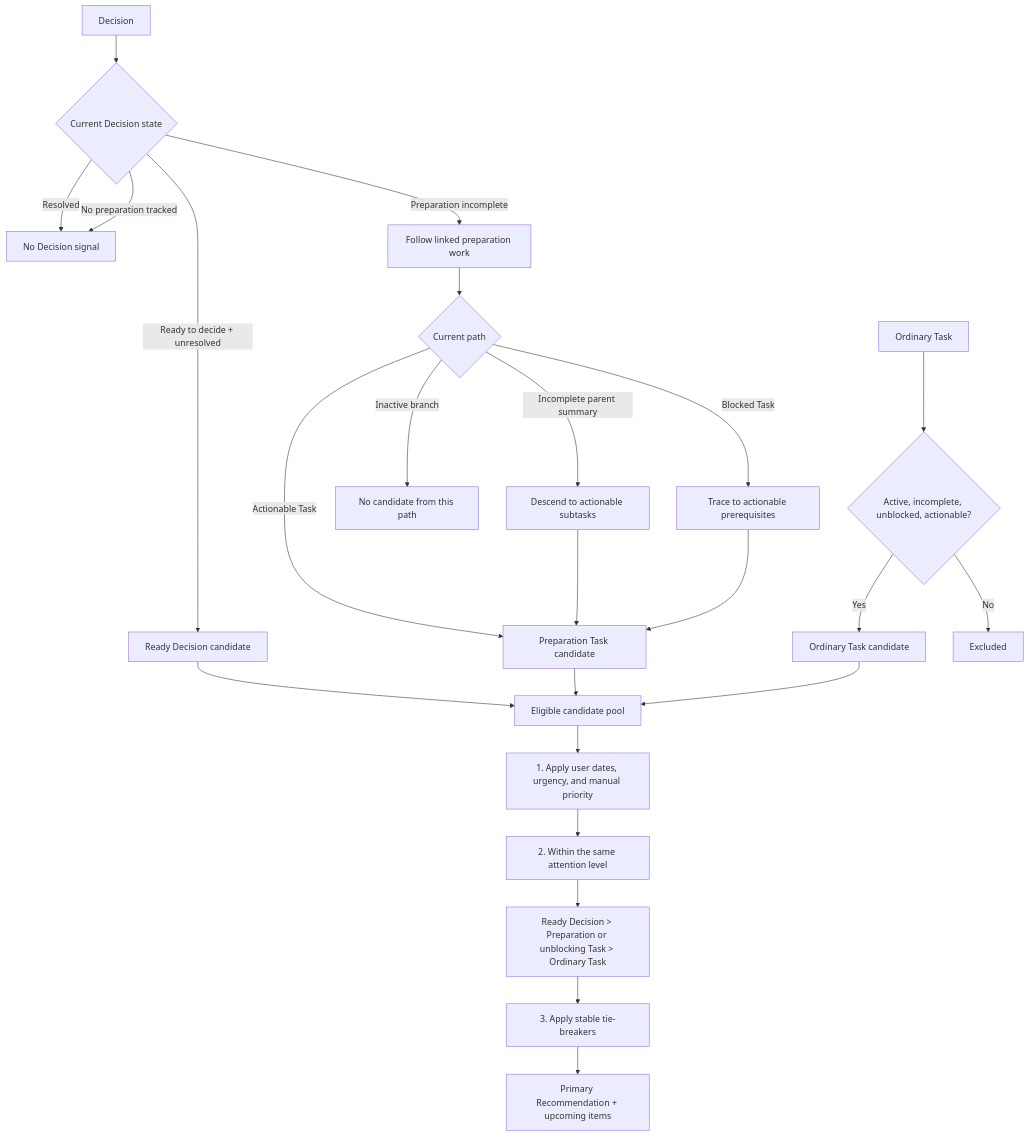
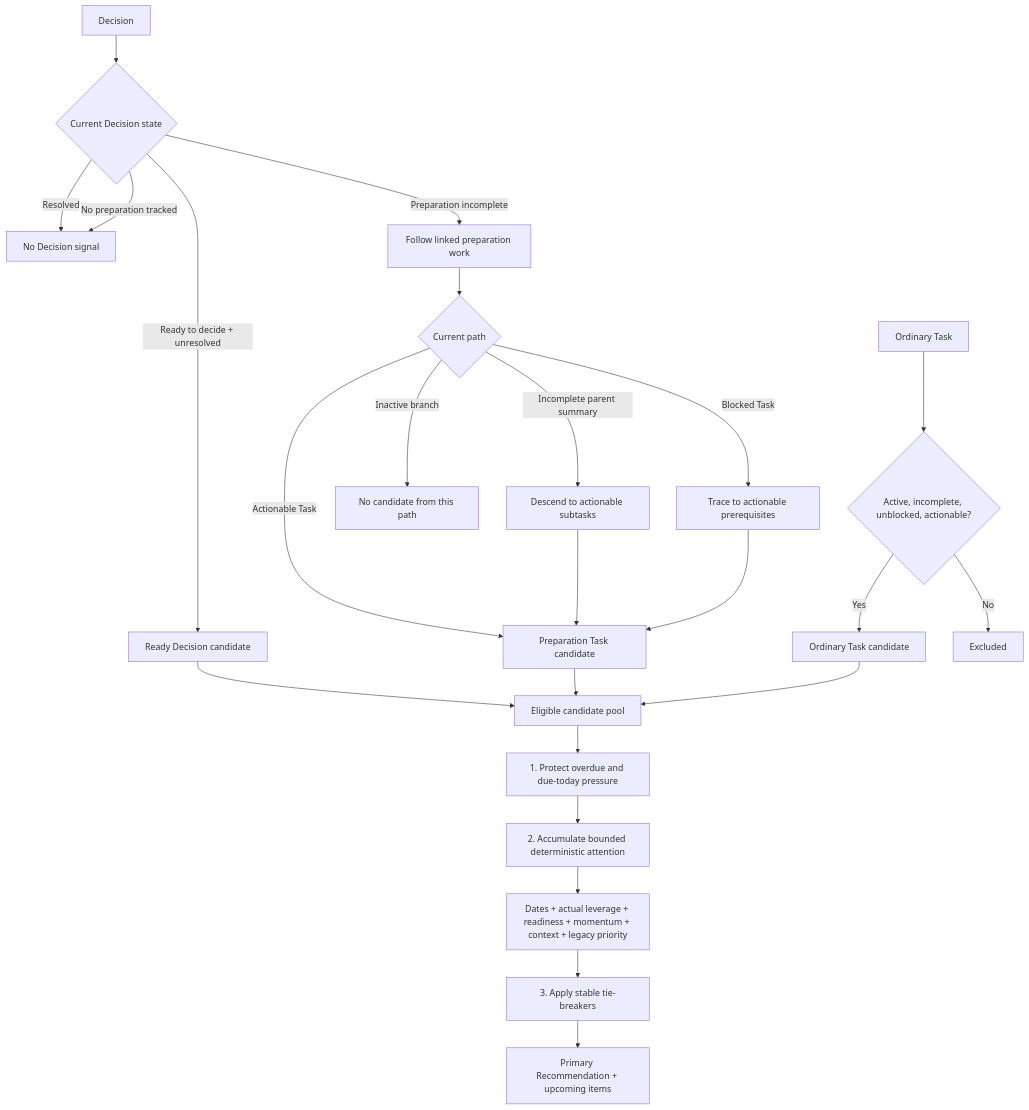
One commit to JoeShep/GoTime changed the first of 3 diagrams in docs/reasoning-engine.md. Above: the diagram before and after it, drawn with Mermaid. The commit also changed other lines of this file and 21 other files, not shown here.

````diff
--- a/docs/reasoning-engine.md
+++ b/docs/reasoning-engine.md
@@ -43,32 +62,32 @@
 ```mermaid
 flowchart TD
     D["Decision"] --> S{"Current Decision state"}
 
     S -->|"Resolved"| N["No Decision signal"]
     S -->|"No preparation tracked"| N
     S -->|"Ready to decide + unresolved"| RD["Ready Decision candidate"]
     S -->|"Preparation incomplete"| W["Follow linked preparation work"]
 
     W --> K{"Current path"}
     K -->|"Actionable Task"| PT["Preparation Task candidate"]
     K -->|"Incomplete parent summary"| C["Descend to actionable subtasks"]
     K -->|"Blocked Task"| P["Trace to actionable prerequisites"]
     K -->|"Inactive branch"| NI["No candidate from this path"]
 
     C --> PT
     P --> PT
 
     T["Ordinary Task"] --> E{"Active, incomplete, unblocked, actionable?"}
     E -->|"Yes"| OT["Ordinary Task candidate"]
     E -->|"No"| X["Excluded"]
 
     RD --> G["Eligible candidate pool"]
     PT --> G
     OT --> G
 
-    G --> R1["1. Apply user dates, urgency, and manual priority"]
-    R1 --> R2["2. Within the same attention level"]
-    R2 --> R3["Ready Decision > Preparation or unblocking Task > Ordinary Task"]
+    G --> R1["1. Protect overdue and due-today pressure"]
+    R1 --> R2["2. Accumulate bounded deterministic attention"]
+    R2 --> R3["Dates + actual leverage + readiness + momentum + context + legacy priority"]
     R3 --> R4["3. Apply stable tie-breakers"]
     R4 --> O["Primary Recommendation + upcoming items"]
 ```
````
